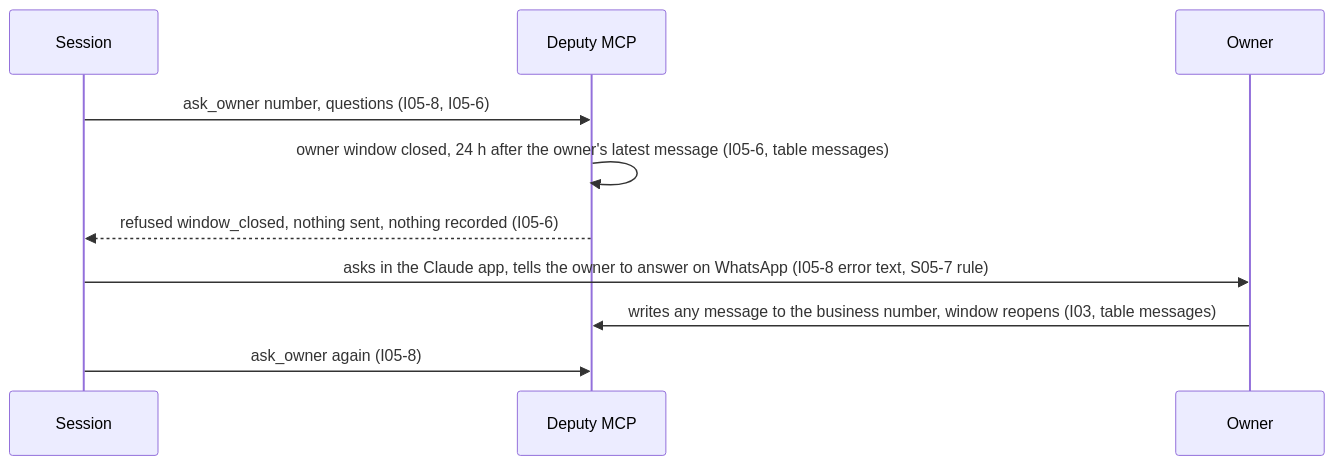
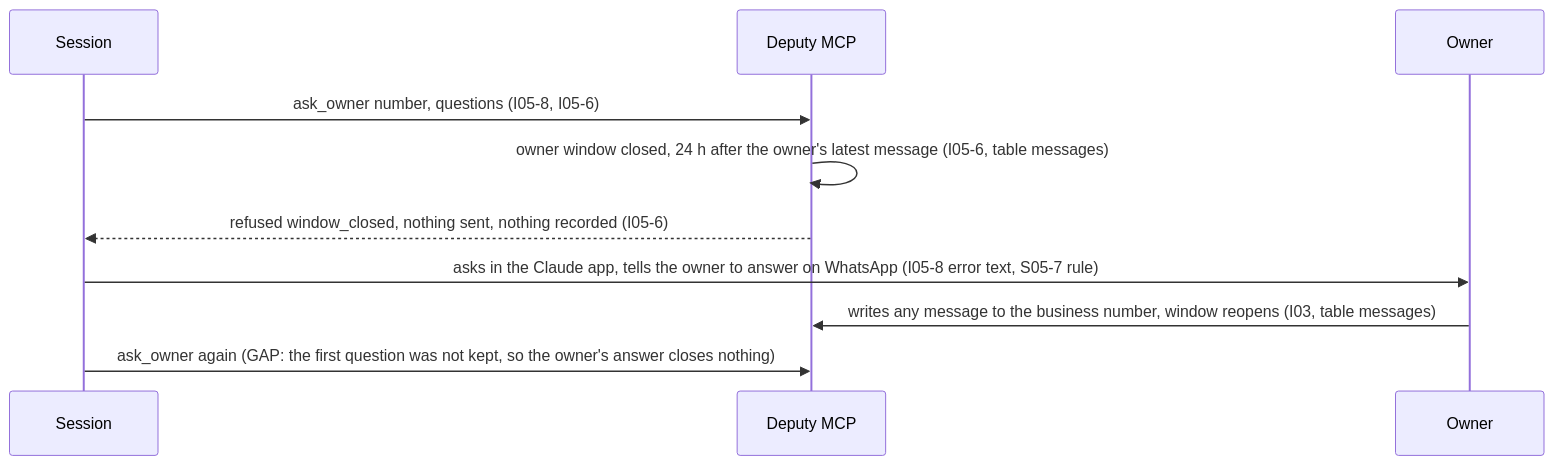
The sixth of 15 diagrams in docs/tp-detail/TP-pilot-end-to-end.md (antonygiomarxdev/deputy), drawn with Mermaid before and after one commit. The commit also changed other lines of this file, not shown here.

Commit message:
docs: restart before adoption, GAP marks for wiring, always-ask, counts and consent

````diff
--- a/docs/tp-detail/TP-pilot-end-to-end.md
+++ b/docs/tp-detail/TP-pilot-end-to-end.md
@@ -170,12 +172,12 @@
 ```mermaid
 sequenceDiagram
   participant S as Session
   participant M as Deputy MCP
   participant O as Owner
   S->>M: ask_owner number, questions (I05-8, I05-6)
   M->>M: owner window closed, 24 h after the owner's latest message (I05-6, table messages)
   M-->>S: refused window_closed, nothing sent, nothing recorded (I05-6)
   S->>O: asks in the Claude app, tells the owner to answer on WhatsApp (I05-8 error text, S05-7 rule)
   O->>M: writes any message to the business number, window reopens (I03, table messages)
-  S->>M: ask_owner again (I05-8)
+  S->>M: ask_owner again (GAP: the first question was not kept, so the owner's answer closes nothing)
 ```
````
